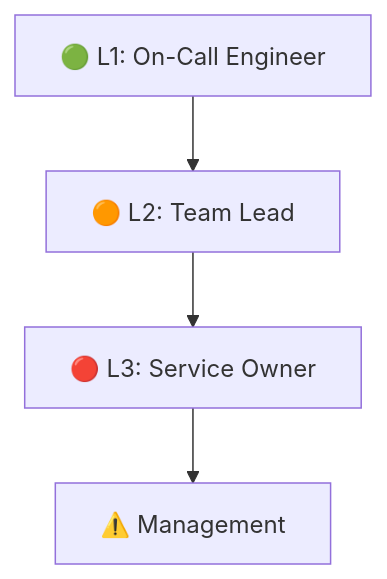
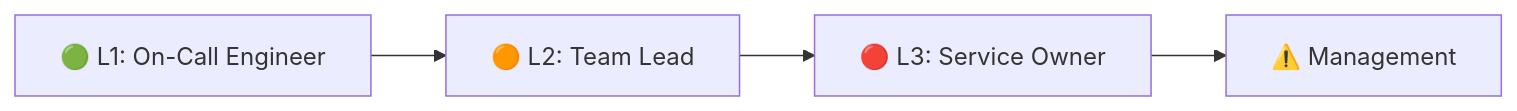
Before and after one commit to jonathan-vella/apex: the third of 7 diagrams in site/src/content/docs/demo/08-as-built.md, drawn with Mermaid. The commit also changed other lines of this file and 90 other files, not shown here.

First line of the commit message:
fix(docs): scrollable flowcharts with intrinsic SVG width

````diff
--- a/site/src/content/docs/demo/08-as-built.md
+++ b/site/src/content/docs/demo/08-as-built.md
@@ -453,6 +453,6 @@
 ```mermaid
-flowchart TD
+flowchart LR
     L1["🟢 L1: On-Call Engineer"] --> L2["🟠 L2: Team Lead"]
     L2 --> L3["🔴 L3: Service Owner"]
     L3 --> MGMT["⚠️ Management"]
 ```
````
